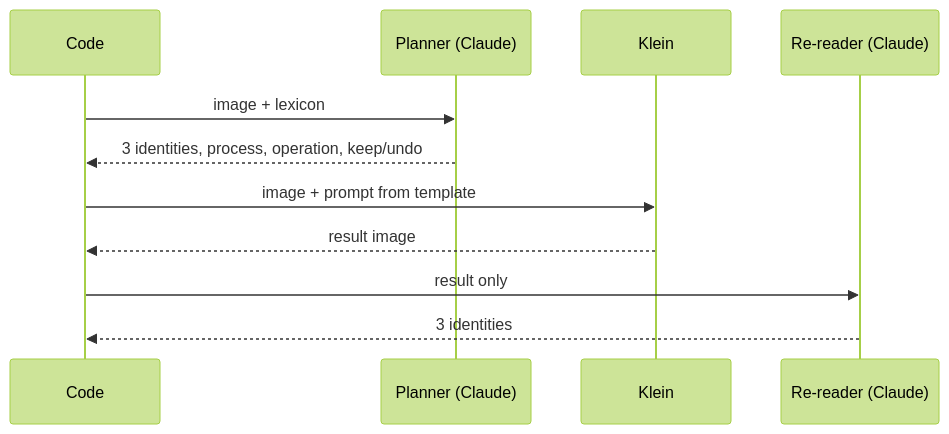
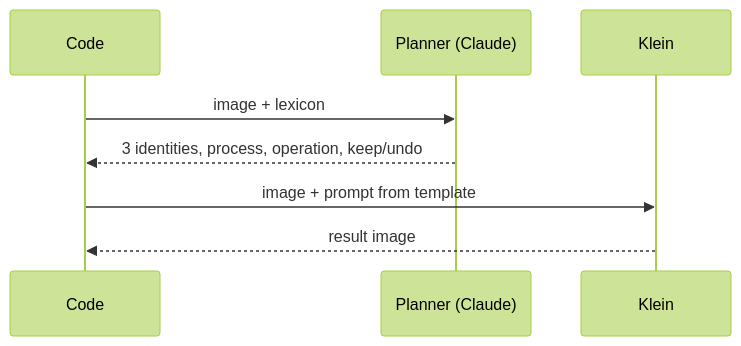
Before and after one commit to rbatra2000/backslash_art: the second of 5 diagrams in docs/architecture.md, drawn with Mermaid (forest theme). The commit also changed other lines of this file and 5 other files, not shown here.

````diff
--- a/docs/architecture.md
+++ b/docs/architecture.md
@@ -21,13 +19,10 @@
 ```mermaid
 sequenceDiagram
     participant C as Code
     participant P as Planner (Claude)
     participant K as Klein
-    participant R as Re-reader (Claude)
     C->>P: image + lexicon
     P-->>C: 3 identities, process, operation, keep/undo
     C->>K: image + prompt from template
     K-->>C: result image
-    C->>R: result only
-    R-->>C: 3 identities
 ```
````
